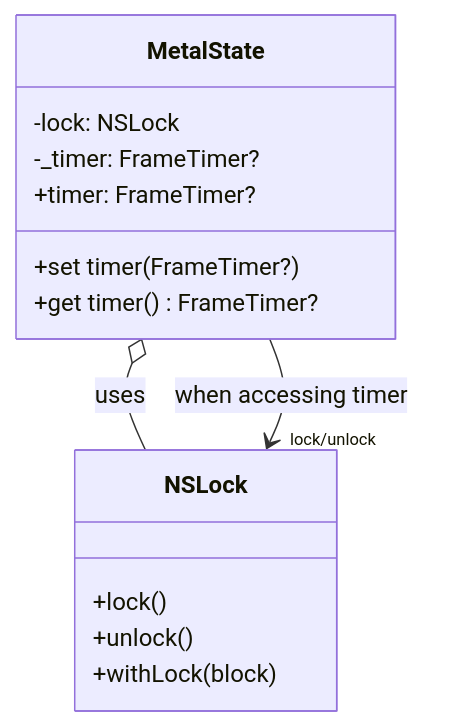
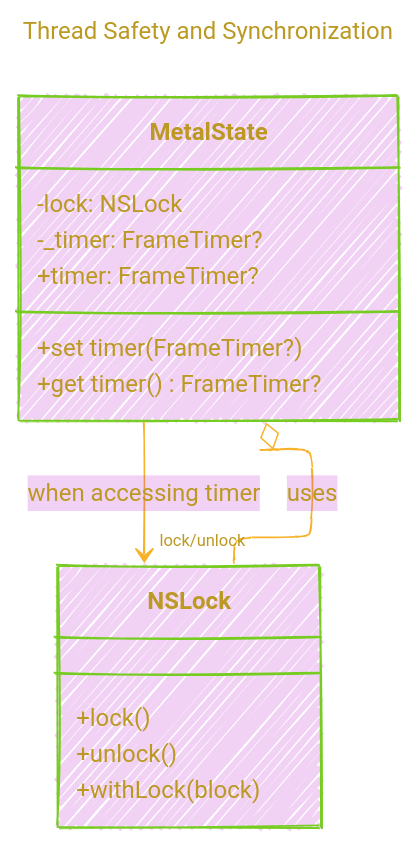
One commit to CongLeSolutionX/Metal-Primitives changed diagram 25 of 26 in DOCUMENTATIONS/Documentation.md. Above: the diagram before and after it, drawn with Mermaid. The commit also changed other lines of this file, not shown here.

````diff
--- a/DOCUMENTATIONS/Documentation.md
+++ b/DOCUMENTATIONS/Documentation.md
@@ -1438,20 +1614,40 @@
 ```mermaid
+---
+title: "Thread Safety and Synchronization"
+config:
+  layout: elk
+  look: handDrawn
+  theme: base
+---
+%%%%%%%% Mermaid version v11.4.1-b.14
+%%{
+  init: {
+    "classDiagram": { "htmlLabels": false },
+    'fontFamily': 'Fantasy',
+    'themeVariables': {
+      'primaryColor': '#B2C3',
+      'primaryTextColor': '#B92',
+      'primaryBorderColor': '#7c2',
+      'lineColor': '#F8B229'
+    }
+  }
+}%%
 classDiagram
     class MetalState {
         -lock: NSLock
         -_timer: FrameTimer?
         +timer: FrameTimer?
         +set timer(FrameTimer?)
         +get timer() FrameTimer?
     }
     MetalState o-- NSLock : uses
 
     class NSLock {
         +lock()
         +unlock()
         +withLock(block)
     }
 
     %% Accessing Timer Property
     MetalState --> "lock/unlock" NSLock : when accessing timer
 ```
````
